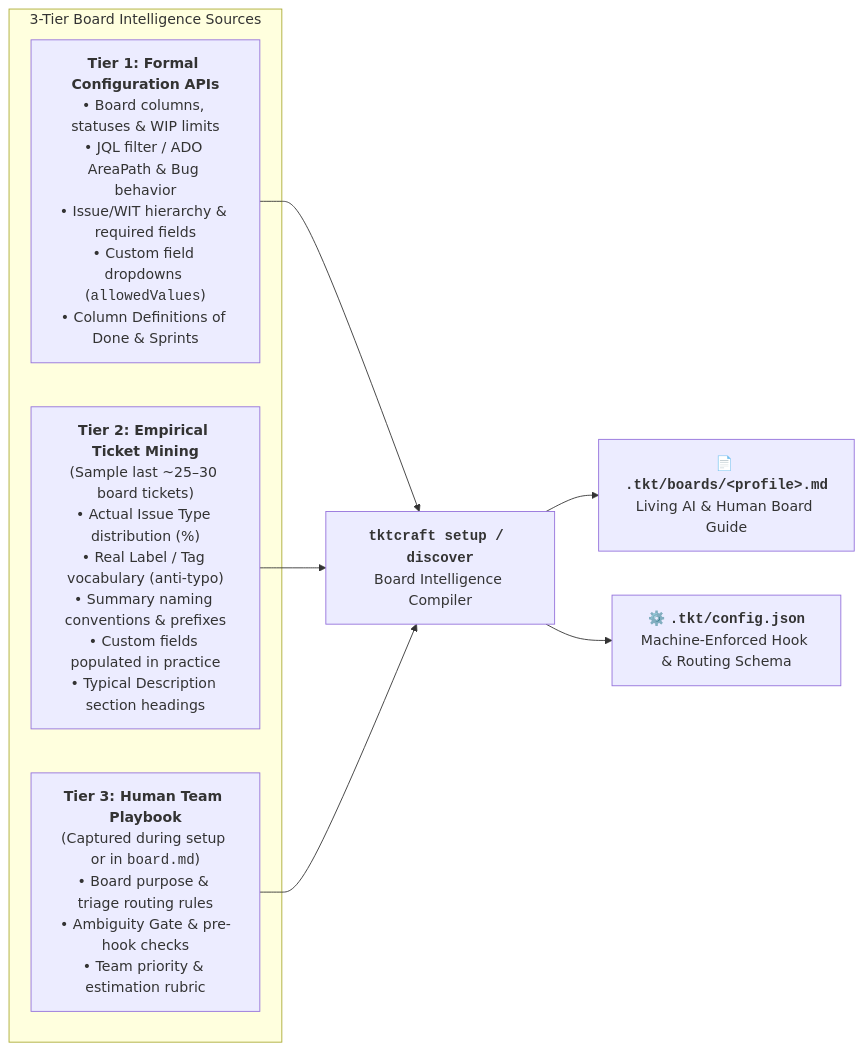
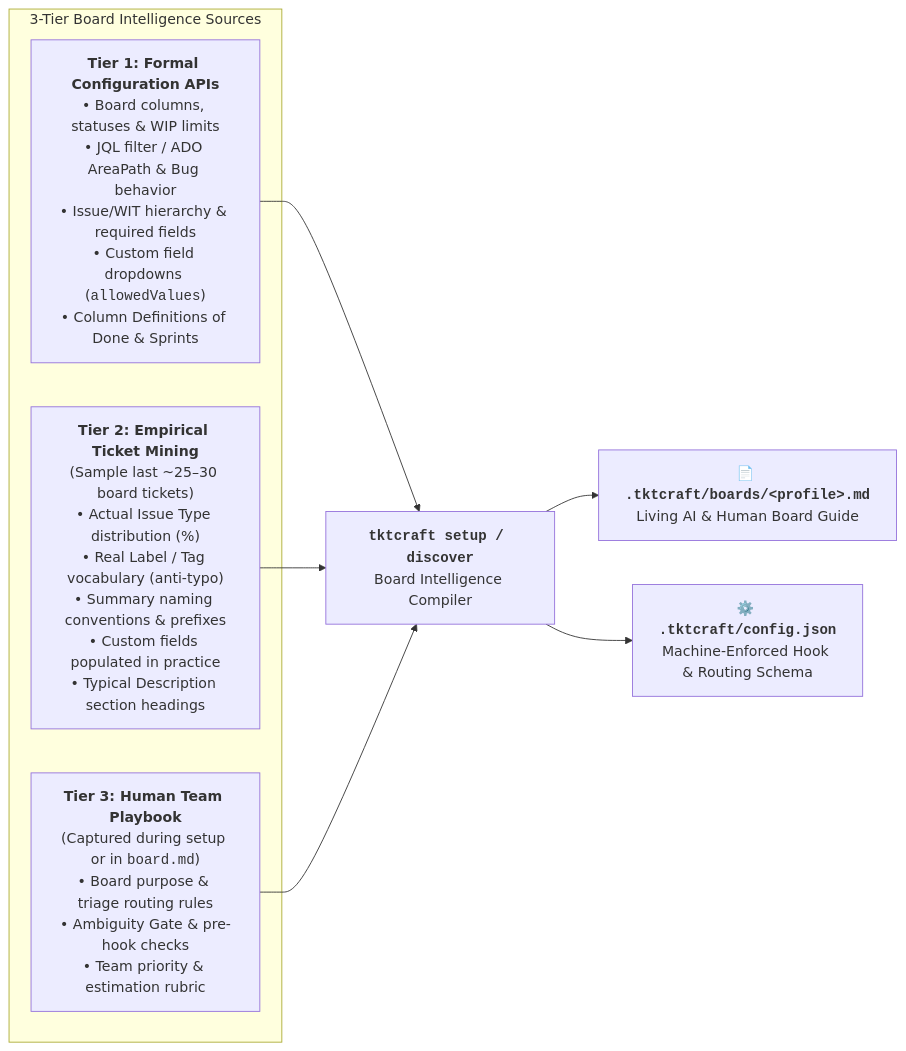
Before and after one commit to sandrinio/tktcraft: the second of 4 diagrams in ARCHITECTURE.md, drawn with Mermaid. The commit also changed other lines of this file and 35 other files, not shown here.

````diff
--- a/ARCHITECTURE.md
+++ b/ARCHITECTURE.md
@@ -93,14 +93,14 @@
 ```mermaid
 flowchart LR
     subgraph Sources["3-Tier Board Intelligence Sources"]
         T1["<b>Tier 1: Formal Configuration APIs</b><br/>• Board columns, statuses & WIP limits<br/>• JQL filter / ADO AreaPath & Bug behavior<br/>• Issue/WIT hierarchy & required fields<br/>• Custom field dropdowns (<code>allowedValues</code>)<br/>• Column Definitions of Done & Sprints"]
         T2["<b>Tier 2: Empirical Ticket Mining</b><br/>(Sample last ~25–30 board tickets)<br/>• Actual Issue Type distribution (%)<br/>• Real Label / Tag vocabulary (anti-typo)<br/>• Summary naming conventions & prefixes<br/>• Custom fields populated in practice<br/>• Typical Description section headings"]
         T3["<b>Tier 3: Human Team Playbook</b><br/>(Captured during setup or in <code>board.md</code>)<br/>• Board purpose & triage routing rules<br/>• Ambiguity Gate & pre-hook checks<br/>• Team priority & estimation rubric"]
     end
 
     T1 --> Compiler["<b><code>tktcraft setup / discover</code></b><br/>Board Intelligence Compiler"]
     T2 --> Compiler
     T3 --> Compiler
-    Compiler --> BoardMd["📄 <b><code>.tkt/boards/&lt;profile&gt;.md</code></b><br/>Living AI & Human Board Guide"]
-    Compiler --> ConfigJson["⚙️ <b><code>.tkt/config.json</code></b><br/>Machine-Enforced Hook & Routing Schema"]
+    Compiler --> BoardMd["📄 <b><code>.tktcraft/boards/&lt;profile&gt;.md</code></b><br/>Living AI & Human Board Guide"]
+    Compiler --> ConfigJson["⚙️ <b><code>.tktcraft/config.json</code></b><br/>Machine-Enforced Hook & Routing Schema"]
 ```
````
